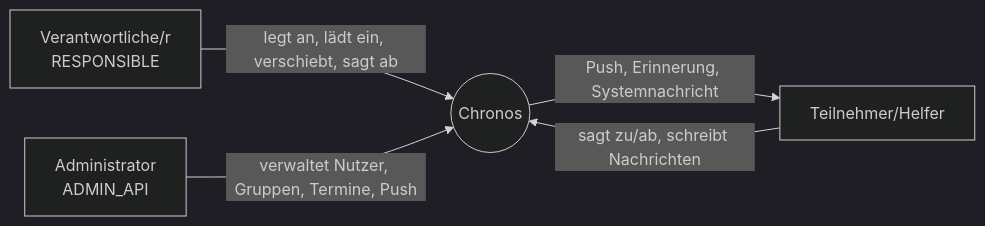
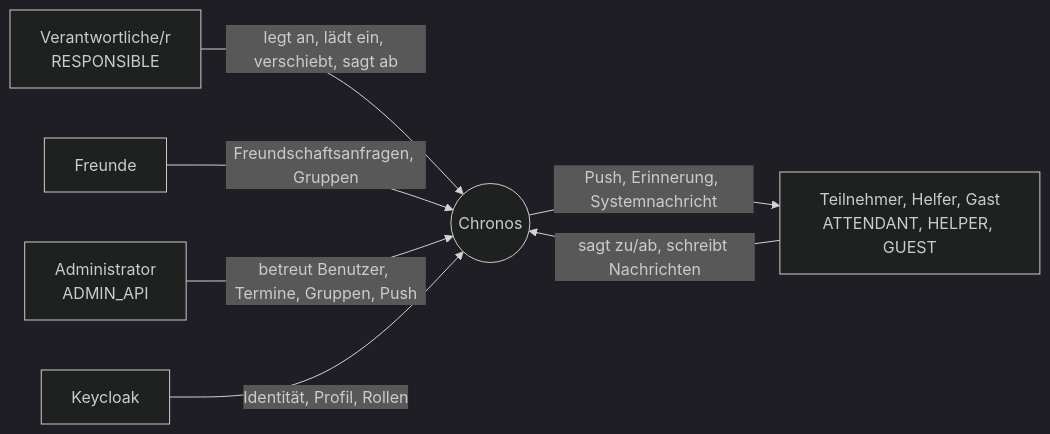
The diagram in docs/arc42/03-kontext/KT-001-fachlicher-kontext.md (Silverminer007/chronos-root), drawn with Mermaid (dark theme) before and after one commit. The commit also changed other lines of this file and 561 other files, not shown here.

````diff
--- a/docs/arc42/03-kontext/KT-001-fachlicher-kontext.md
+++ b/docs/arc42/03-kontext/KT-001-fachlicher-kontext.md
@@ -16,7 +15,9 @@
 ```mermaid
 flowchart LR
   L[Verantwortliche/r<br/>RESPONSIBLE] -- legt an, lädt ein, verschiebt, sagt ab --> C((Chronos))
-  T[Teilnehmer/Helfer] -- sagt zu/ab, schreibt Nachrichten --> C
+  T[Teilnehmer, Helfer, Gast<br/>ATTENDANT, HELPER, GUEST] -- sagt zu/ab, schreibt Nachrichten --> C
+  F[Freunde] -- Freundschaftsanfragen, Gruppen --> C
   C -- Push, Erinnerung, Systemnachricht --> T
-  A[Administrator<br/>ADMIN_API] -- verwaltet Nutzer, Gruppen, Termine, Push --> C
+  A[Administrator<br/>ADMIN_API] -- betreut Benutzer, Termine, Gruppen, Push --> C
+  K[Keycloak] -- Identität, Profil, Rollen --> C
 ```
````
